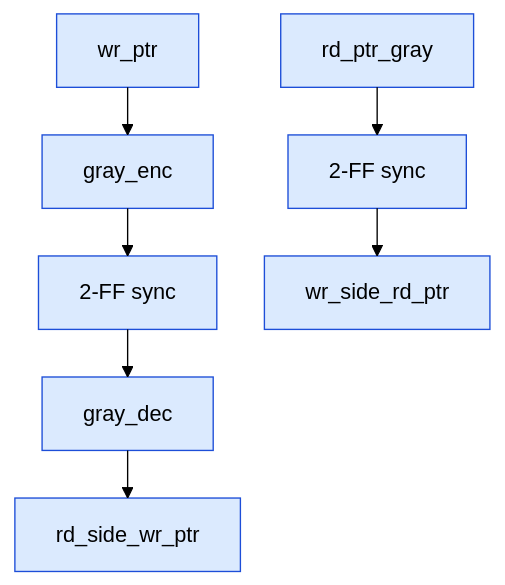
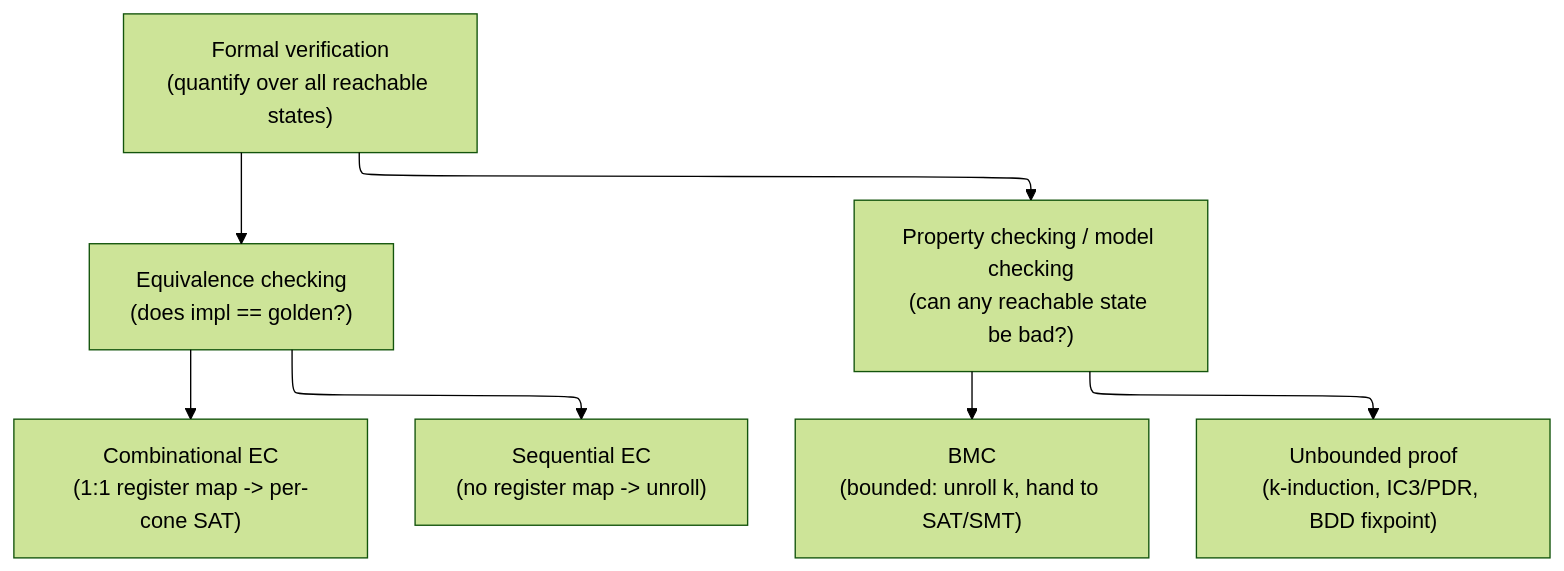
The first of 2 diagrams in 03_Frontend_RTL_and_Verification/12_Formal_Verification.md (Wty2003328/silicon-design-notebook), drawn with Mermaid (forest theme) before and after one commit. The commit also changed other lines of this file and 22 other files, not shown here.

Commit message:
Concept-first hard rework complete: all 48 architecture/design pages (trimmed signal dumps; added trade-off analysis + theoretical depth)

````diff
--- a/03_Frontend_RTL_and_Verification/12_Formal_Verification.md
+++ b/03_Frontend_RTL_and_Verification/12_Formal_Verification.md
@@ -1116,8 +41,11 @@
 ```mermaid
-%%{init: {"flowchart": {"defaultRenderer": "elk", "nodeSpacing": 60, "rankSpacing": 60, "htmlLabels": false}}}%%
+%%{init: {"flowchart": {"defaultRenderer": "elk", "nodeSpacing": 55, "rankSpacing": 55, "htmlLabels": false}}}%%
 flowchart TD
-    WR["wr_ptr"] --> GE["gray_enc"] --> SY1["2-FF sync"] --> GD["gray_dec"] --> RSW["rd_side_wr_ptr"]
-    RPG["rd_ptr_gray"] --> SY2["2-FF sync"] --> WSR["wr_side_rd_ptr"]
-    classDef s fill:#dbeafe,stroke:#1d4ed8,color:#000
-    class WR,GE,SY1,GD,RSW,RPG,SY2,WSR s
+    F["Formal verification\n(quantify over all reachable states)"]
+    F --> EC["Equivalence checking\n(does impl == golden?)"]
+    F --> PC["Property checking / model checking\n(can any reachable state be bad?)"]
+    EC --> CEC["Combinational EC\n(1:1 register map -> per-cone SAT)"]
+    EC --> SEC["Sequential EC\n(no register map -> unroll)"]
+    PC --> BMC["BMC\n(bounded: unroll k, hand to SAT/SMT)"]
+    PC --> UNB["Unbounded proof\n(k-induction, IC3/PDR, BDD fixpoint)"]
 ```
````
